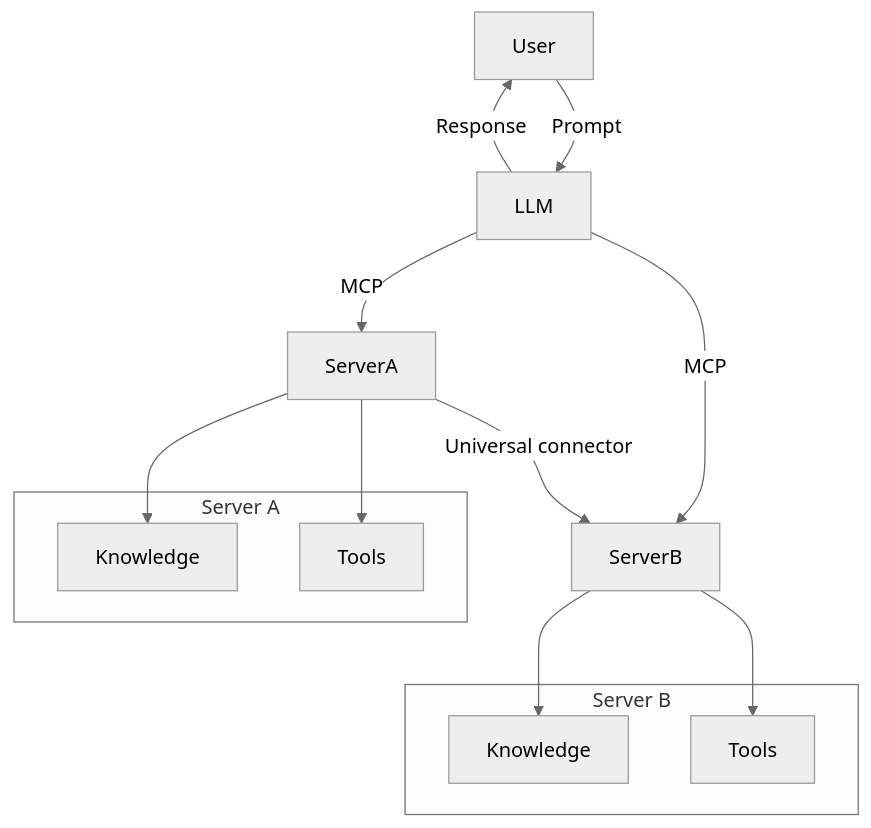
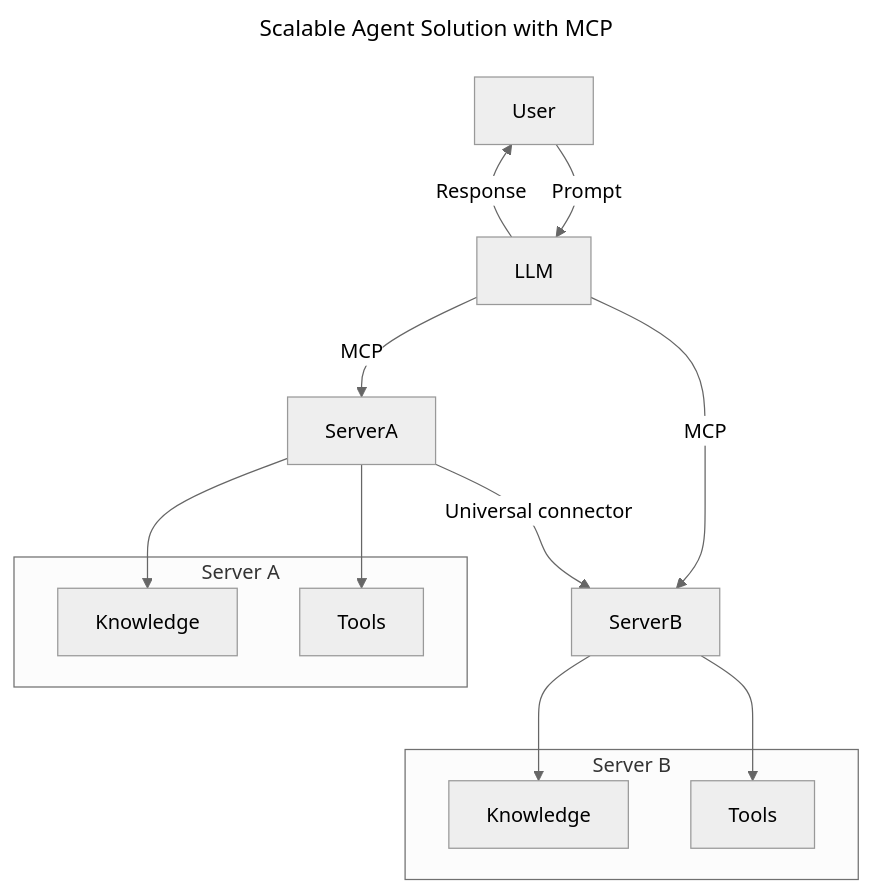
Before and after one commit to tlcraft/mcp-for-beginners: the second of 3 diagrams in 00-Introduction/README.md, drawn with Mermaid (neutral theme). The commit also changed other lines of this file, not shown here.

Commit message:
Update mermaid to be more accessiable issue 70

````diff
--- a/00-Introduction/README.md
+++ b/00-Introduction/README.md
@@ -173,22 +177,26 @@
 ```mermaid
+---
+title: Scalable Agent Solution with MCP
+description: A diagram illustrating how a user interacts with an LLM that connects to multiple MCP servers, with each server providing both knowledge and tools, creating a scalable AI system architecture
+---
 graph TD
     User -->|Prompt| LLM
     LLM -->|Response| User
     LLM -->|MCP| ServerA
     LLM -->|MCP| ServerB
     ServerA -->|Universal connector| ServerB
     ServerA --> KnowledgeA
     ServerA --> ToolsA
     ServerB --> KnowledgeB
     ServerB --> ToolsB
 
     subgraph Server A
         KnowledgeA[Knowledge]
         ToolsA[Tools]
     end
 
     subgraph Server B
         KnowledgeB[Knowledge]
         ToolsB[Tools]
     end
 ```
````
